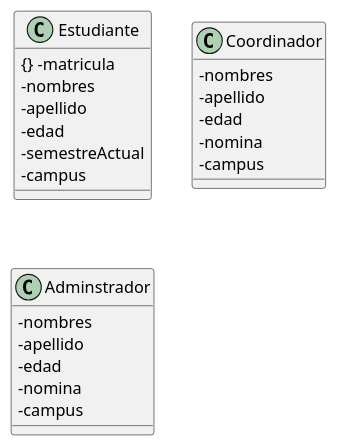
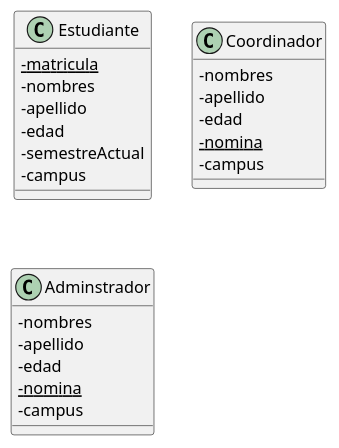
One commit to facund015/codeRelatedObsidianNotes changed the diagram in Reto/Base de datos.md. Above: the diagram before and after it, drawn with PlantUML.

Commit message:
vault backup: 2021-10-12 12:07:02

````diff
--- a/Reto/Base de datos.md
+++ b/Reto/Base de datos.md
@@ -2,30 +2,30 @@
 ```plantuml
 @startuml
 skinparam classAttributeIconSize 0
 class Estudiante {
-	{} -matricula
+	{static} -matricula
 	-nombres
 	-apellido
 	-edad
 	-semestreActual
 	-campus
 }
 
 class Coordinador {
 	-nombres
 	-apellido
 	-edad
-	-nomina
+	{static} -nomina
 	-campus
 }
 
 class Adminstrador {
 	-nombres
 	-apellido
 	-edad
-	-nomina
+	{static} -nomina
 	-campus
 }
 
 @enduml
 ```
````
